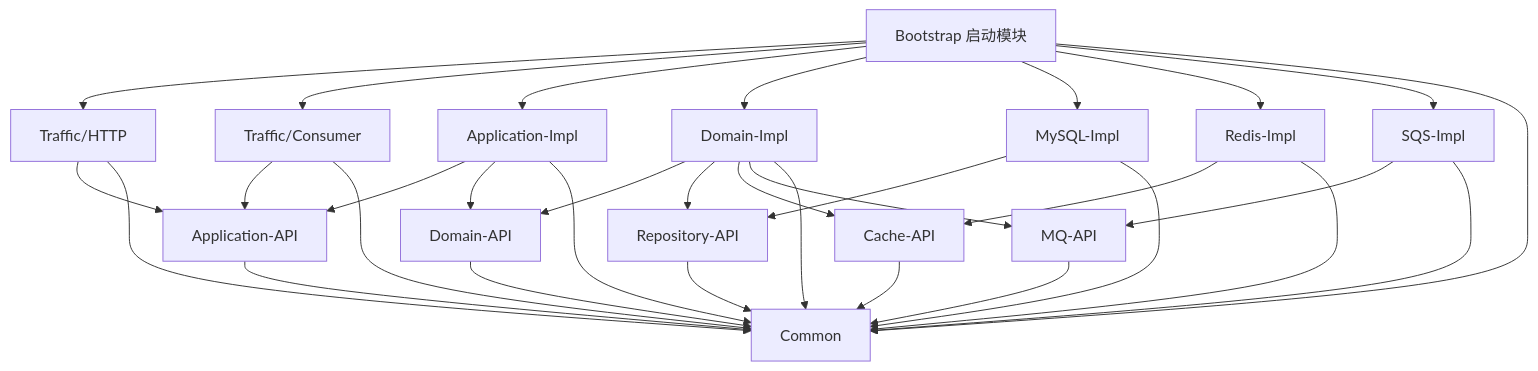
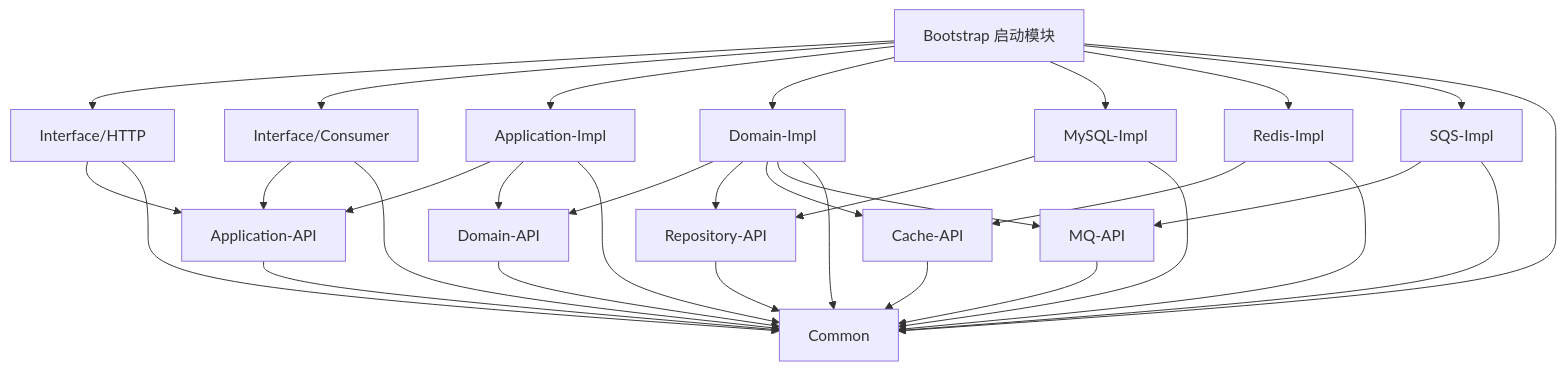
Before and after one commit to catface996/sdd-ddd-project: the diagram in .kiro/specs/ddd-multi-module-project/design.md, drawn with Mermaid. The commit also changed other lines of this file and 69 other files, not shown here.

````diff
--- a/.kiro/specs/ddd-multi-module-project/design.md
+++ b/.kiro/specs/ddd-multi-module-project/design.md
@@ -62,54 +62,54 @@
 ```mermaid
 graph TD
     Bootstrap[Bootstrap 启动模块]
-    HTTP[Traffic/HTTP]
-    Consumer[Traffic/Consumer]
+    HTTP[Interface/HTTP]
+    Consumer[Interface/Consumer]
     AppAPI[Application-API]
     AppImpl[Application-Impl]
     DomainAPI[Domain-API]
     DomainImpl[Domain-Impl]
     RepoAPI[Repository-API]
     CacheAPI[Cache-API]
     MQAPI[MQ-API]
     MySQL[MySQL-Impl]
     Redis[Redis-Impl]
     SQS[SQS-Impl]
     Common[Common]
 
     Bootstrap --> HTTP
     Bootstrap --> Consumer
     Bootstrap --> AppImpl
     Bootstrap --> DomainImpl
     Bootstrap --> MySQL
     Bootstrap --> Redis
     Bootstrap --> SQS
     Bootstrap --> Common
 
     HTTP --> AppAPI
     HTTP --> Common
     Consumer --> AppAPI
     Consumer --> Common
 
     AppImpl --> AppAPI
     AppImpl --> DomainAPI
     AppImpl --> Common
 
     DomainImpl --> DomainAPI
     DomainImpl --> RepoAPI
     DomainImpl --> CacheAPI
     DomainImpl --> MQAPI
     DomainImpl --> Common
 
     MySQL --> RepoAPI
     MySQL --> Common
     Redis --> CacheAPI
     Redis --> Common
     SQS --> MQAPI
     SQS --> Common
 
     DomainAPI --> Common
     RepoAPI --> Common
     CacheAPI --> Common
     MQAPI --> Common
     AppAPI --> Common
 ```
````
